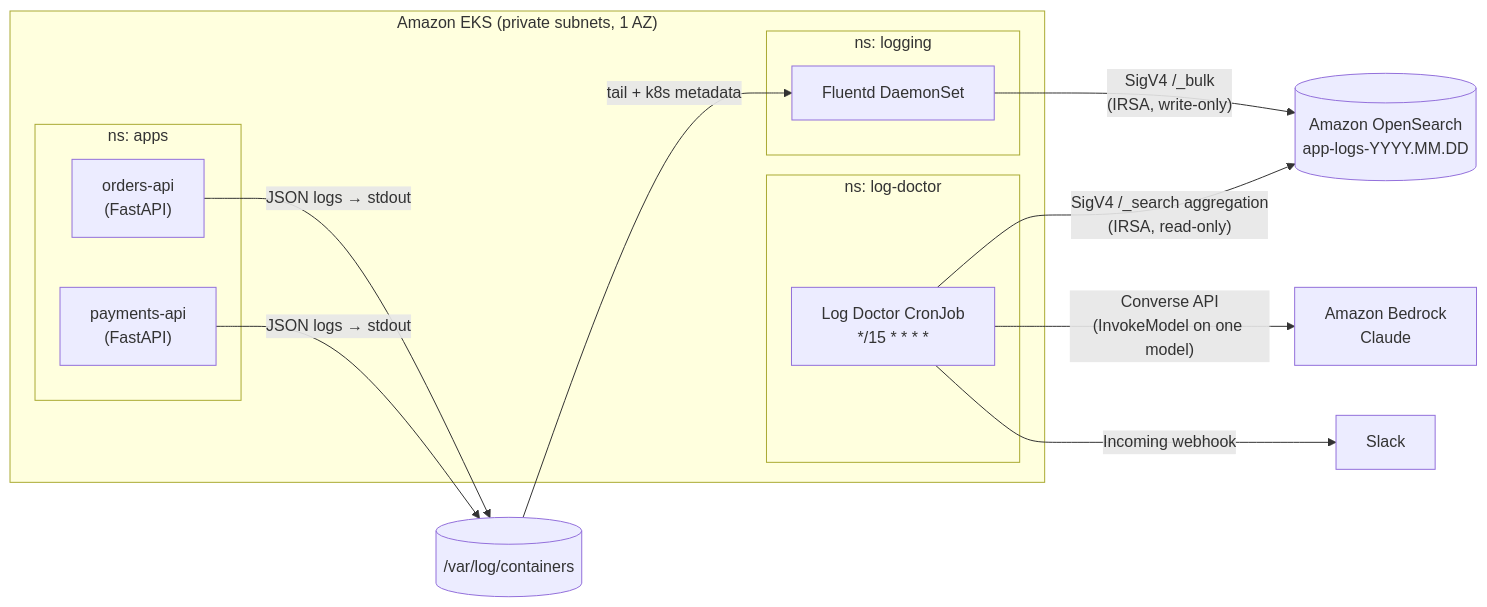
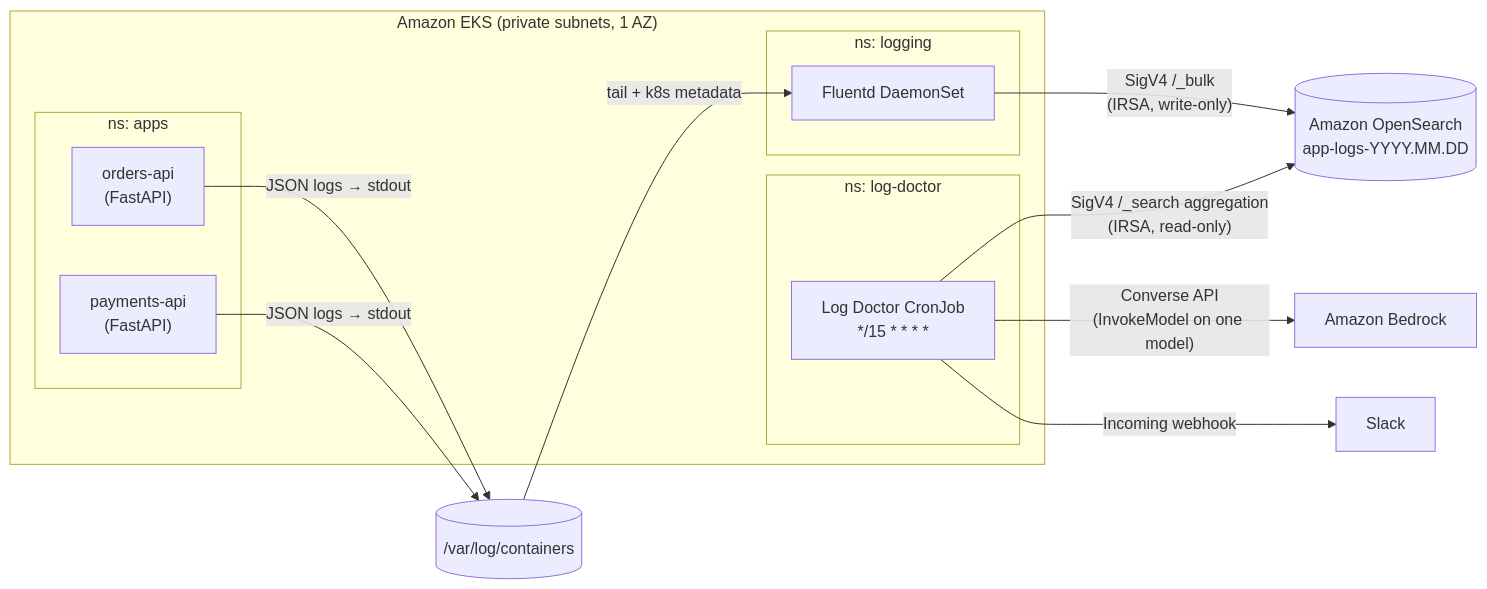
Before and after one commit to ranjiniganeshan/log-doctor: the diagram in README.md, drawn with Mermaid. The commit also changed other lines of this file and 8 other files, not shown here.

Commit message:
Use ap-south-1 and an in-region Bedrock model; update docs

````diff
--- a/README.md
+++ b/README.md
@@ -38,23 +38,23 @@
 ```mermaid
 flowchart LR
     subgraph EKS["Amazon EKS (private subnets, 1 AZ)"]
         subgraph apps["ns: apps"]
             A1["orders-api<br/>(FastAPI)"]
             A2["payments-api<br/>(FastAPI)"]
         end
         subgraph logging["ns: logging"]
             F["Fluentd DaemonSet"]
         end
         subgraph ld["ns: log-doctor"]
             C["Log Doctor CronJob<br/>*/15 * * * *"]
         end
     end
 
     A1 -- "JSON logs → stdout" --> N[("/var/log/containers")]
     A2 -- "JSON logs → stdout" --> N
     N -- tail + k8s metadata --> F
     F -- "SigV4 /_bulk<br/>(IRSA, write-only)" --> OS[("Amazon OpenSearch<br/>app-logs-YYYY.MM.DD")]
     C -- "SigV4 /_search aggregation<br/>(IRSA, read-only)" --> OS
-    C -- "Converse API<br/>(InvokeModel on one model)" --> BR["Amazon Bedrock<br/>Claude"]
+    C -- "Converse API<br/>(InvokeModel on one model)" --> BR["Amazon Bedrock"]
     C -- "Incoming webhook" --> SL["Slack"]
 ```
````
